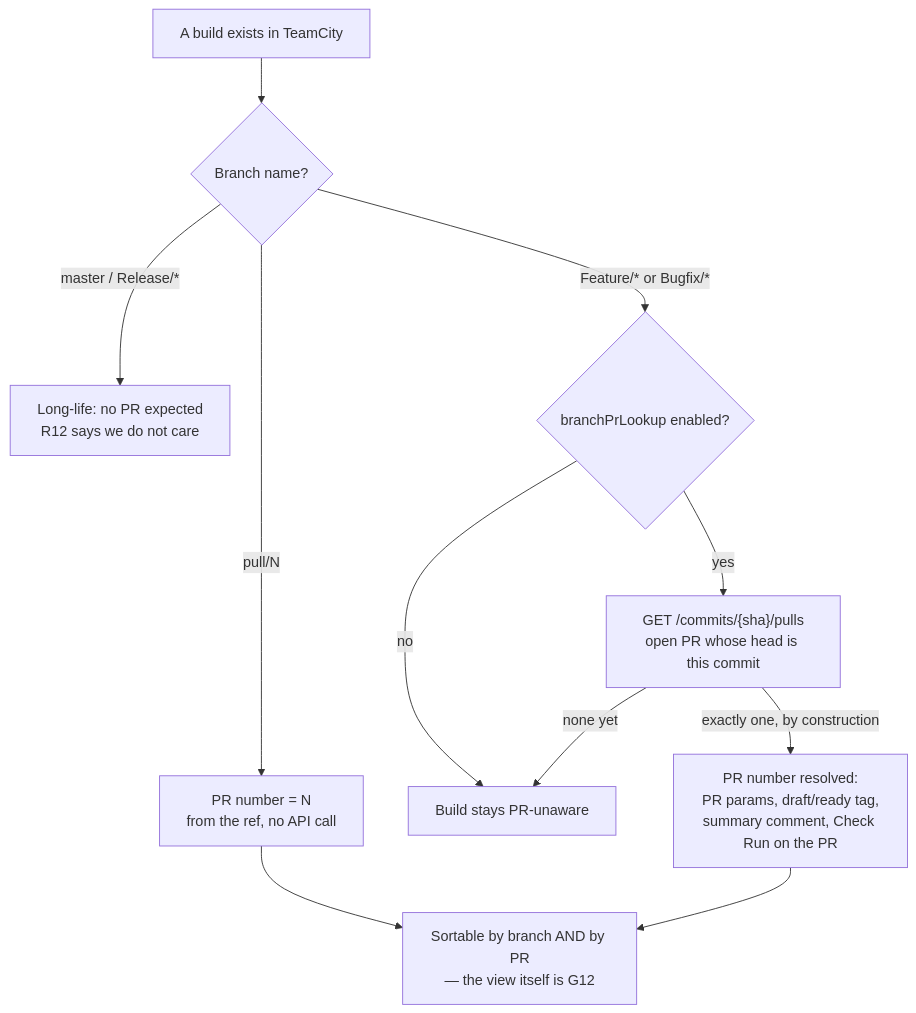
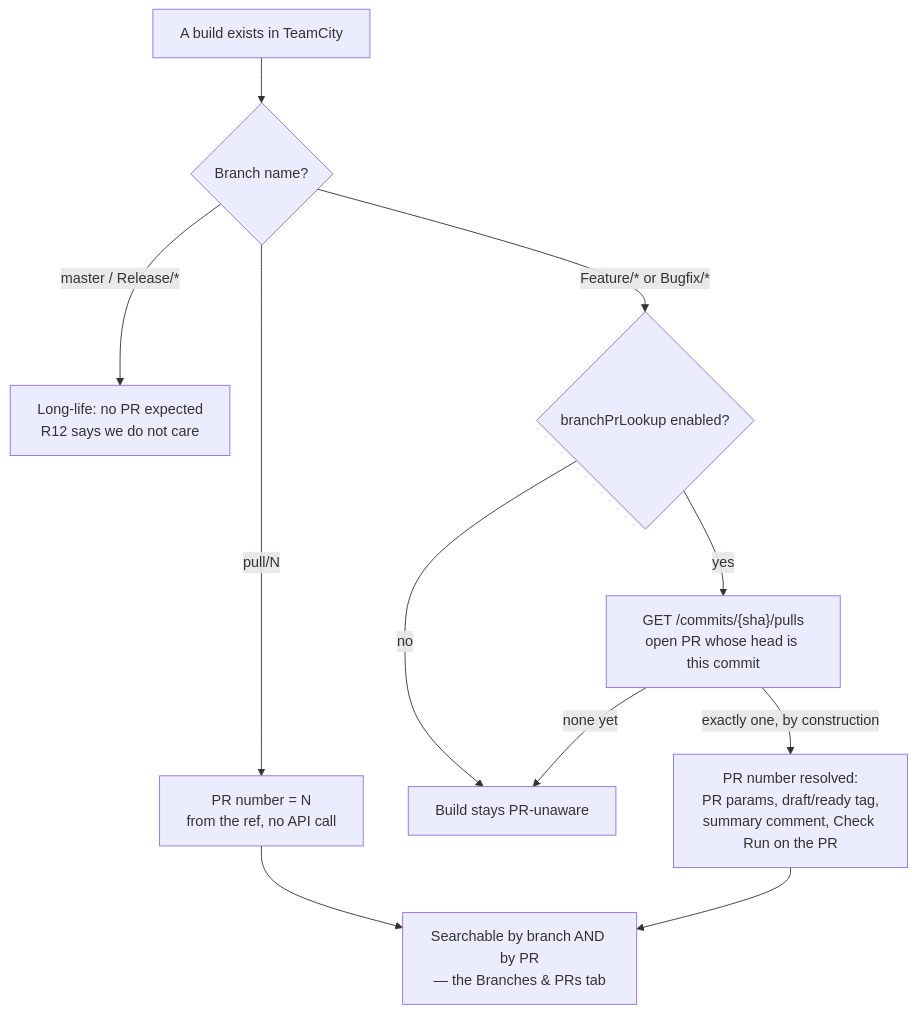
One commit to Silmaen/teamcity-github changed the sixth of 7 diagrams in doc/branching-workflows.md. Above: the diagram before and after it, drawn with Mermaid. The commit also changed other lines of this file and 13 other files, not shown here.

````diff
--- a/doc/branching-workflows.md
+++ b/doc/branching-workflows.md
@@ -910,13 +910,13 @@
 ```mermaid
 flowchart TD
     A["A build exists in TeamCity"] --> B{"Branch name?"}
     B -->|"pull/N"| C["PR number = N<br/>from the ref, no API call"]
     B -->|"master / Release/*"| D["Long-life: no PR expected<br/>R12 says we do not care"]
     B -->|"Feature/* or Bugfix/*"| E{"branchPrLookup enabled?"}
     E -->|no| F["Build stays PR-unaware"]
     E -->|yes| G["GET /commits/{sha}/pulls<br/>open PR whose head is this commit"]
     G -->|"exactly one, by construction"| H["PR number resolved:<br/>PR params, draft/ready tag,<br/>summary comment, Check Run on the PR"]
     G -->|"none yet"| F
-    C --> I["Sortable by branch AND by PR<br/>— the view itself is G12"]
+    C --> I["Searchable by branch AND by PR<br/>— the Branches & PRs tab"]
     H --> I
 ```
````
